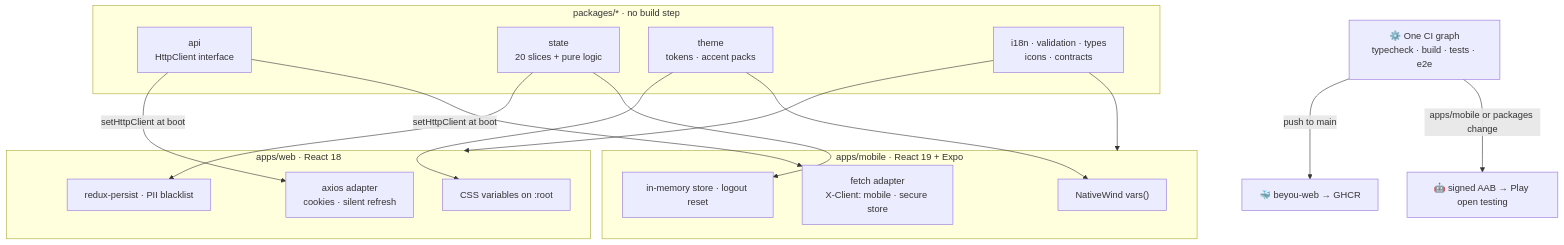
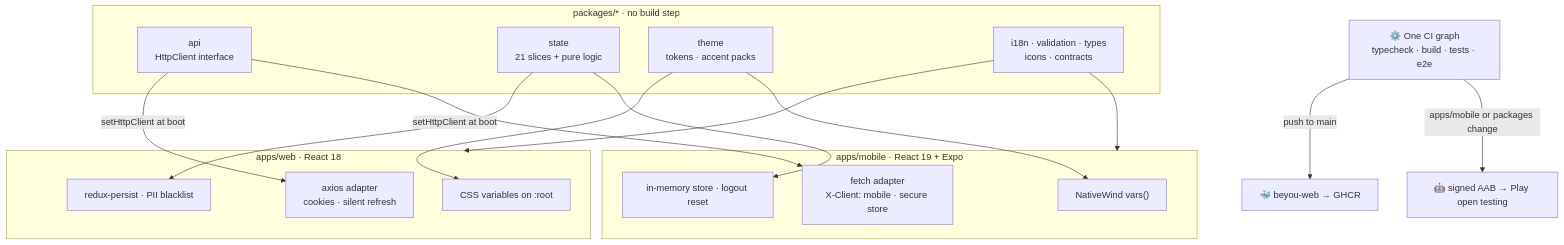
The diagram in architecture/monorepo/diagram.mmd (AndDev741/Beyou-arch-design), drawn with Mermaid before and after one commit. The commit also changed 33 other files, not shown here.

```diff
--- a/architecture/monorepo/diagram.mmd
+++ b/architecture/monorepo/diagram.mmd
@@ -1,32 +1,32 @@
 flowchart TD
   subgraph pkgs["packages/* · no build step"]
     API["api<br/>HttpClient interface"]
-    ST["state<br/>20 slices + pure logic"]
+    ST["state<br/>21 slices + pure logic"]
     TH["theme<br/>tokens · accent packs"]
     I18["i18n · validation · types<br/>icons · contracts"]
   end
 
   subgraph web["apps/web · React 18"]
     WAD["axios adapter<br/>cookies · silent refresh"]
     WPR["redux-persist · PII blacklist"]
     WCSS["CSS variables on :root"]
   end
 
   subgraph mob["apps/mobile · React 19 + Expo"]
     MAD["fetch adapter<br/>X-Client: mobile · secure store"]
     MST["in-memory store · logout reset"]
     MNW["NativeWind vars()"]
   end
 
   API -->|"setHttpClient at boot"| WAD
   API -->|"setHttpClient at boot"| MAD
   ST --> WPR
   ST --> MST
   TH --> WCSS
   TH --> MNW
   I18 --> web
   I18 --> mob
 
   CI["⚙️ One CI graph<br/>typecheck · build · tests · e2e"]
   CI -->|"push to main"| GHCR["🐳 beyou-web → GHCR"]
   CI -->|"apps/mobile or packages change"| AAB["🤖 signed AAB → Play open testing"]
```
